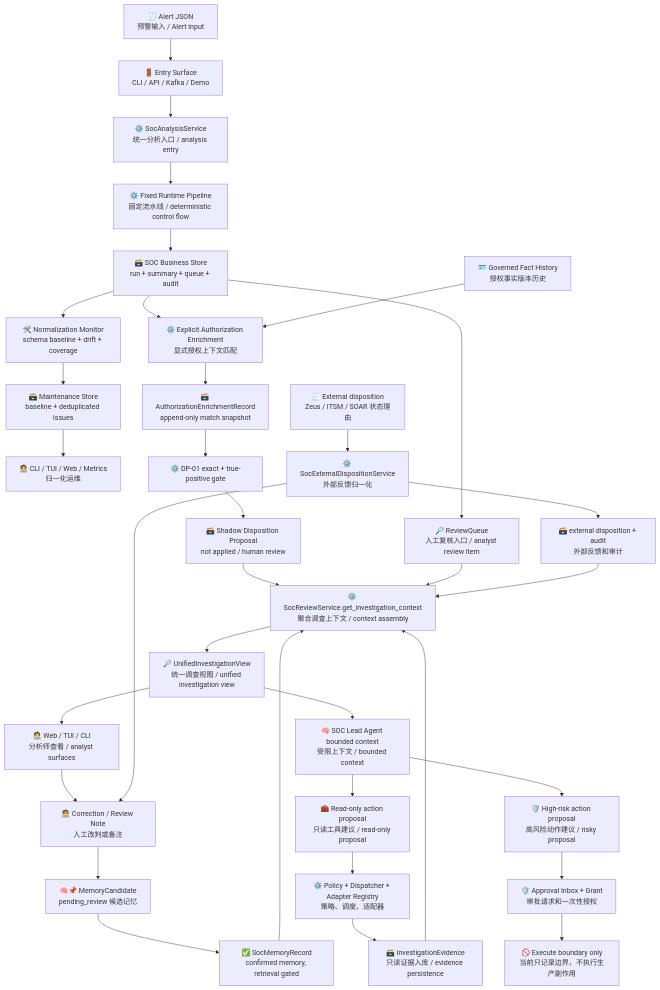
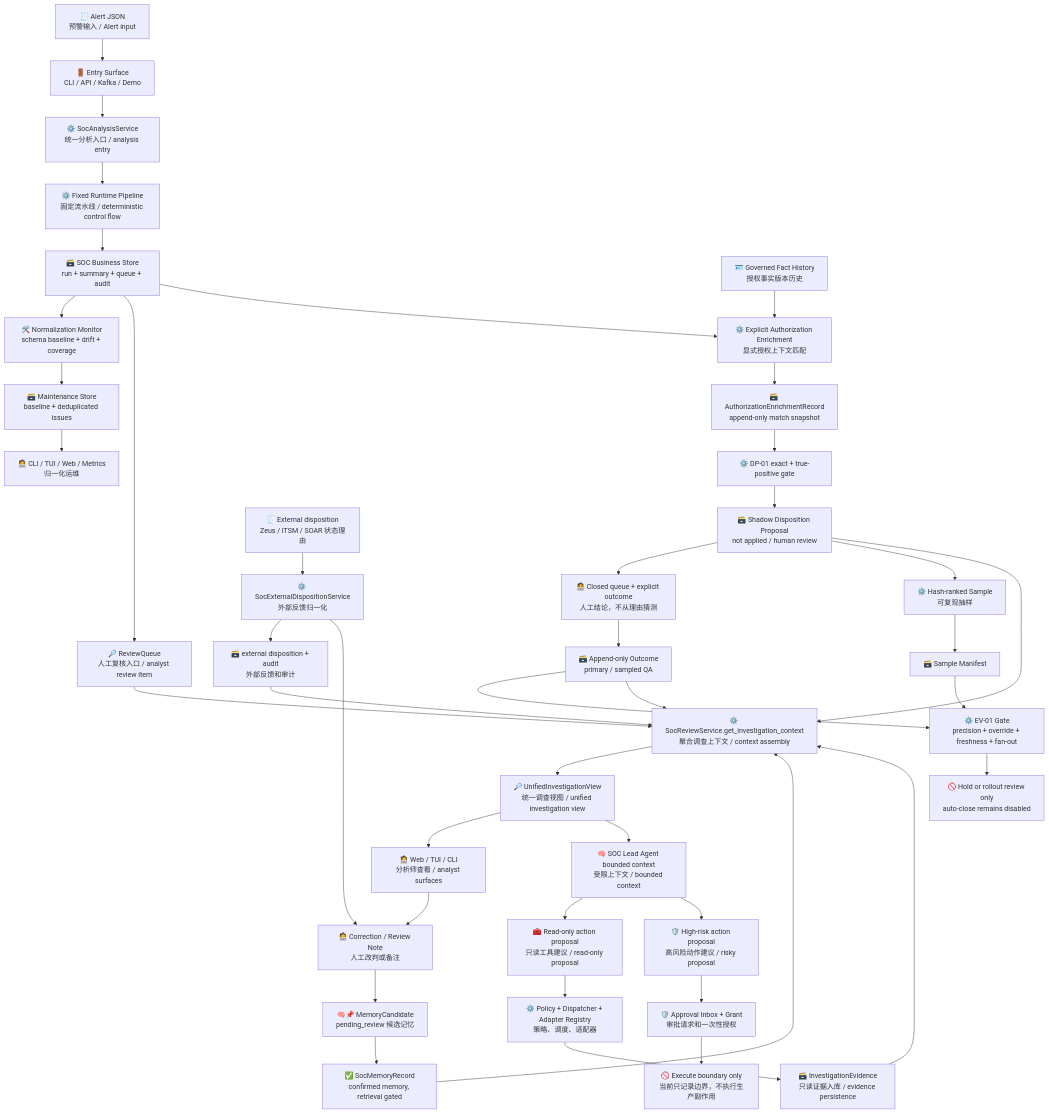
One commit to yydspanda/deer-flow changed the first of 18 diagrams in .notes/ai_soc/alert-lifecycle-flow.md. Above: the diagram before and after it, drawn with Mermaid. The commit also changed other lines of this file and 28 other files, not shown here.

````diff
--- a/.notes/ai_soc/alert-lifecycle-flow.md
+++ b/.notes/ai_soc/alert-lifecycle-flow.md
@@ -31,42 +31,50 @@
 ```mermaid
 flowchart TD
     A["🧾 Alert JSON<br/>预警输入 / Alert input"] --> B["🚪 Entry Surface<br/>CLI / API / Kafka / Demo"]
     B --> C["⚙️ SocAnalysisService<br/>统一分析入口 / analysis entry"]
     C --> D["⚙️ Fixed Runtime Pipeline<br/>固定流水线 / deterministic control flow"]
     D --> E["🗃️ SOC Business Store<br/>run + summary + queue + audit"]
     E --> W["🛠️ Normalization Monitor<br/>schema baseline + drift + coverage"]
     W --> X["🗃️ Maintenance Store<br/>baseline + deduplicated issues"]
     X --> Y["🧑‍💻 CLI / TUI / Web / Metrics<br/>归一化运维"]
 
     E --> F["🔎 ReviewQueue<br/>人工复核入口 / analyst review item"]
     E --> Z1["⚙️ Explicit Authorization Enrichment<br/>显式授权上下文匹配"]
     Z0["🪪 Governed Fact History<br/>授权事实版本历史"] --> Z1
     Z1 --> Z2["🗃️ AuthorizationEnrichmentRecord<br/>append-only match snapshot"]
     Z2 --> Z3["⚙️ DP-01 exact + true-positive gate"]
     Z3 --> Z4["🗃️ Shadow Disposition Proposal<br/>not applied / human review"]
+    Z4 --> Z5["🧑‍💻 Closed queue + explicit outcome<br/>人工结论，不从理由猜测"]
+    Z5 --> Z6["🗃️ Append-only Outcome<br/>primary / sampled QA"]
+    Z4 --> Z7["⚙️ Hash-ranked Sample<br/>可复现抽样"]
+    Z7 --> Z8["🗃️ Sample Manifest"]
+    Z6 --> Z9["⚙️ EV-01 Gate<br/>precision + override + freshness + fan-out"]
+    Z8 --> Z9
+    Z9 --> Z10["🚫 Hold or rollout review only<br/>auto-close remains disabled"]
     Z4 --> G
+    Z6 --> G
     F --> G["⚙️ SocReviewService.get_investigation_context<br/>聚合调查上下文 / context assembly"]
 
     G --> H["🔎 UnifiedInvestigationView<br/>统一调查视图 / unified investigation view"]
     H --> I["🧑‍💻 Web / TUI / CLI<br/>分析师查看 / analyst surfaces"]
     H --> J["🧠 SOC Lead Agent bounded context<br/>受限上下文 / bounded context"]
 
     J --> K["🧰 Read-only action proposal<br/>只读工具建议 / read-only proposal"]
     K --> L["⚙️ Policy + Dispatcher + Adapter Registry<br/>策略、调度、适配器"]
     L --> M["🗃️ InvestigationEvidence<br/>只读证据入库 / evidence persistence"]
     M --> G
 
     J --> N["🛡️ High-risk action proposal<br/>高风险动作建议 / risky proposal"]
     N --> O["🛡️ Approval Inbox + Grant<br/>审批请求和一次性授权"]
     O --> P["🚫 Execute boundary only<br/>当前只记录边界，不执行生产副作用"]
 
     I --> Q["🧑‍💻 Correction / Review Note<br/>人工改判或备注"]
     Q --> R["🧠📌 MemoryCandidate<br/>pending_review 候选记忆"]
     R --> S["✅ SocMemoryRecord<br/>confirmed memory, retrieval gated"]
     S --> G
 
     T["🧾 External disposition<br/>Zeus / ITSM / SOAR 状态理由"] --> U["⚙️ SocExternalDispositionService<br/>外部反馈归一化"]
     U --> V["🗃️ external disposition + audit<br/>外部反馈和审计"]
     U --> Q
     V --> G
 ```
````
